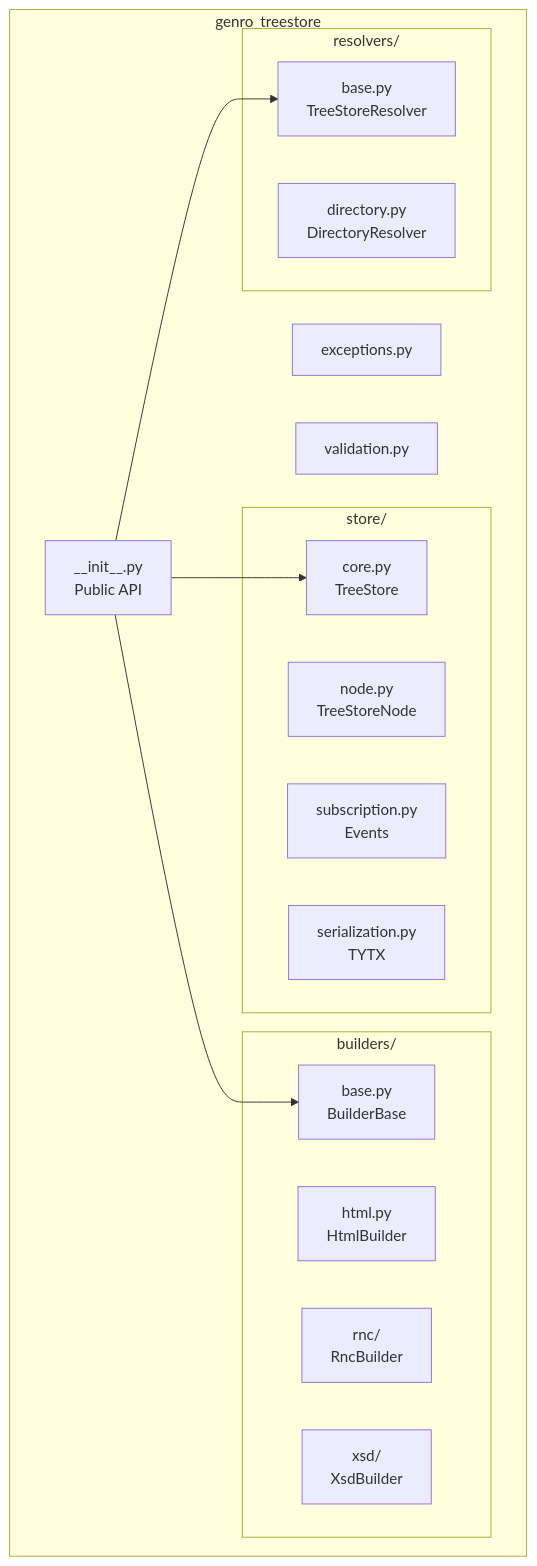
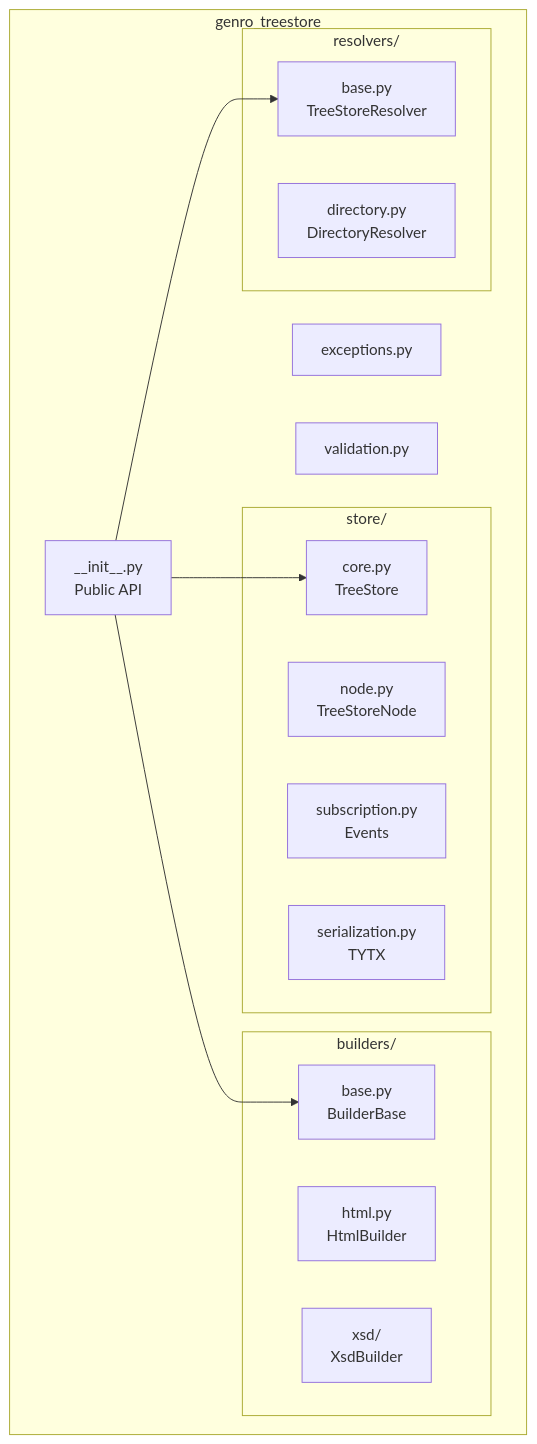
Before and after one commit to genropy/genro-treestore: the second of 2 diagrams in docs/index.md, drawn with Mermaid. The commit also changed other lines of this file and 17 other files, not shown here.

First line of the commit message:
refactor: replace RNC parser with pre-compiled MessagePack schema

````diff
--- a/docs/index.md
+++ b/docs/index.md
@@ -100,32 +100,31 @@
 ```{mermaid}
 graph TB
     subgraph "genro_treestore"
         INIT[__init__.py<br/>Public API]
 
         subgraph "store/"
             CORE[core.py<br/>TreeStore]
             NODE[node.py<br/>TreeStoreNode]
             SUB[subscription.py<br/>Events]
             SER[serialization.py<br/>TYTX]
         end
 
         subgraph "builders/"
             BASE[base.py<br/>BuilderBase]
             HTML[html.py<br/>HtmlBuilder]
-            RNC[rnc/<br/>RncBuilder]
             XSD[xsd/<br/>XsdBuilder]
         end
 
         subgraph "resolvers/"
             RBASE[base.py<br/>TreeStoreResolver]
             DIR[directory.py<br/>DirectoryResolver]
         end
 
         EXC[exceptions.py]
         VAL[validation.py]
     end
 
     INIT --> CORE
     INIT --> BASE
     INIT --> RBASE
 ```
````
